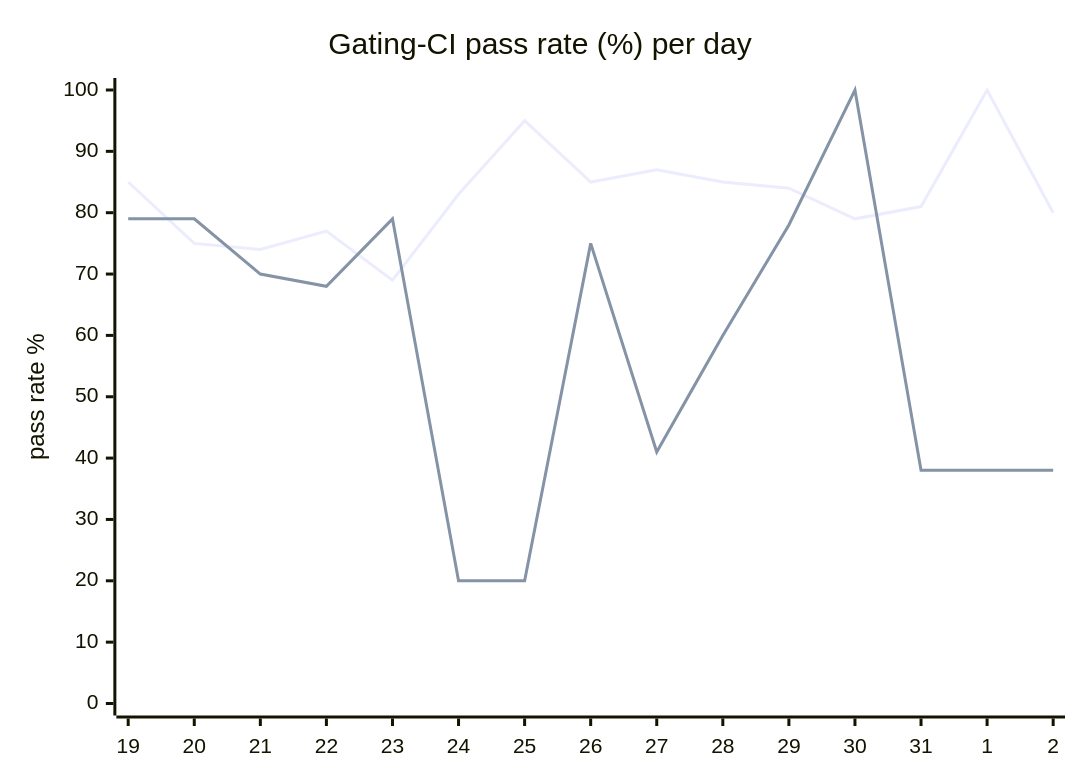
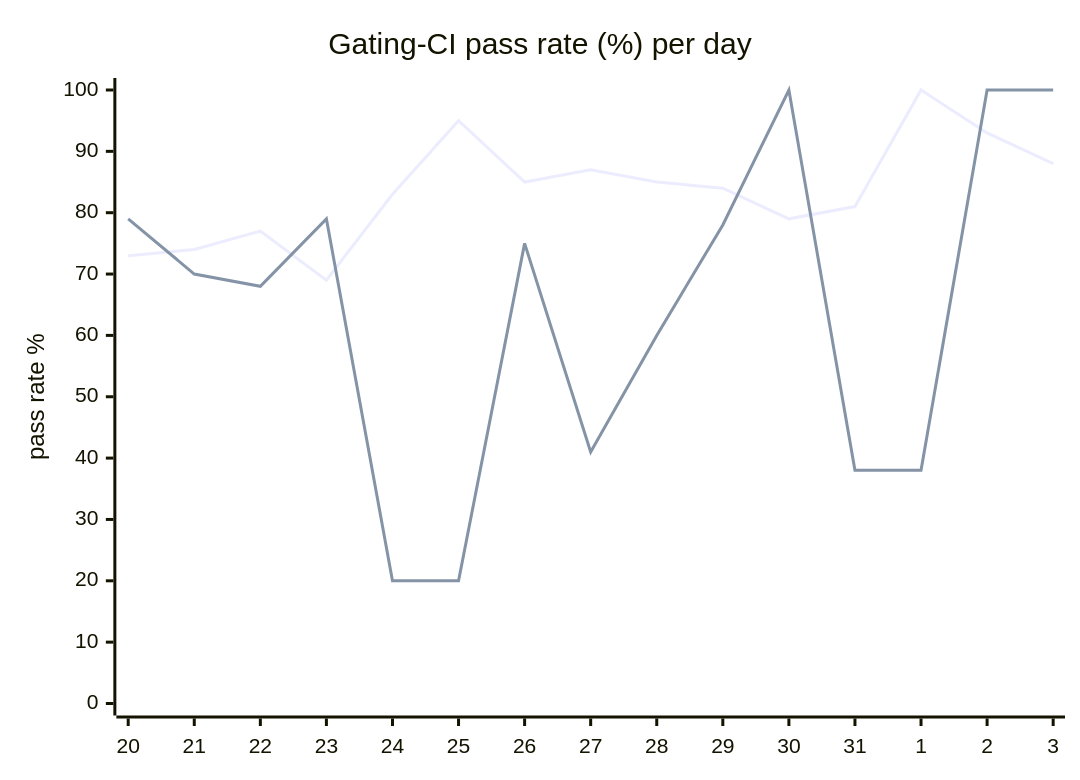
The diagram in hack/ci/ci-dashboard/staging/issue.md (hatchet-dev/hatchet), drawn with Mermaid before and after one commit. The commit also changed other lines of this file, not shown here.

````diff
--- a/hack/ci/ci-dashboard/staging/issue.md
+++ b/hack/ci/ci-dashboard/staging/issue.md
@@ -9,8 +9,8 @@
 ```mermaid
 xychart-beta
   title "Gating-CI pass rate (%) per day"
-  x-axis [19, 20, 21, 22, 23, 24, 25, 26, 27, 28, 29, 30, 31, 1, 2]
+  x-axis [20, 21, 22, 23, 24, 25, 26, 27, 28, 29, 30, 31, 1, 2, 3]
   y-axis "pass rate %" 0 --> 100
-  line "CI" [85, 75, 74, 77, 69, 83, 95, 85, 87, 85, 84, 79, 81, 100, 80]
-  line "main" [79, 79, 70, 68, 79, 20, 20, 75, 41, 60, 78, 100, 38, 38, 38]
+  line "CI" [73, 74, 77, 69, 83, 95, 85, 87, 85, 84, 79, 81, 100, 93, 88]
+  line "main" [79, 70, 68, 79, 20, 20, 75, 41, 60, 78, 100, 38, 38, 100, 100]
 ```
````
